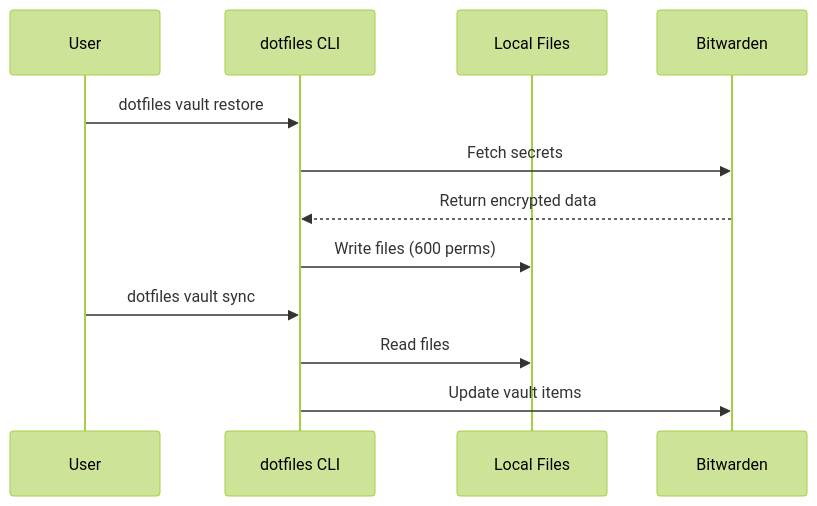
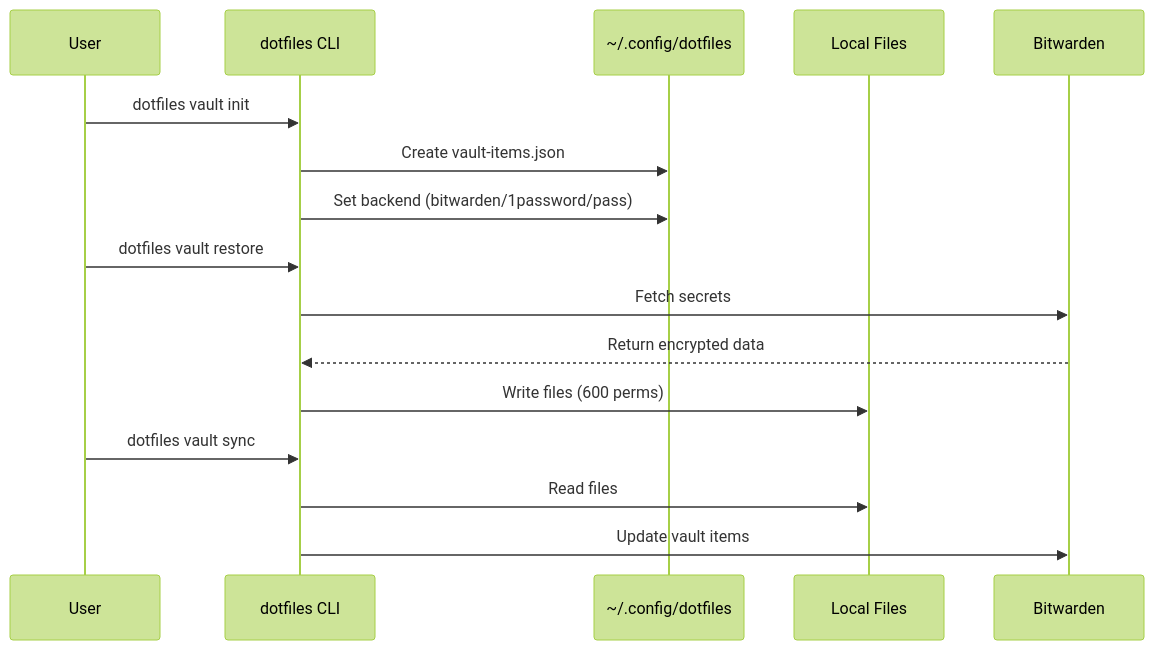
One commit to blackwell-systems/blackdot changed the sixth of 9 diagrams in docs/architecture.md. Above: the diagram before and after it, drawn with Mermaid (forest theme). The commit also changed 2 other files, not shown here.

Commit message:
docs: Add vault init command to all documentation
Updated documentation to reflect new 'dotfiles vault init' command:

- docs/vault-README.md: Added to Quick Reference table and Commands section
- docs/cli-reference.md: Added to vault subcommands table
- docs/architecture.md: Added init flow to mermaid sequence diagram

The init command is now documented across all relevant documentation
files, making it discoverable for users.

````diff
--- a/docs/architecture.md
+++ b/docs/architecture.md
@@ -265,16 +265,21 @@
 ```mermaid
 sequenceDiagram
     participant User
     participant CLI as dotfiles CLI
+    participant Config as ~/.config/dotfiles
     participant Local as Local Files
     participant BW as Bitwarden
+
+    User->>CLI: dotfiles vault init
+    CLI->>Config: Create vault-items.json
+    CLI->>Config: Set backend (bitwarden/1password/pass)
 
     User->>CLI: dotfiles vault restore
     CLI->>BW: Fetch secrets
     BW-->>CLI: Return encrypted data
     CLI->>Local: Write files (600 perms)
 
     User->>CLI: dotfiles vault sync
     CLI->>Local: Read files
     CLI->>BW: Update vault items
 ```
````
